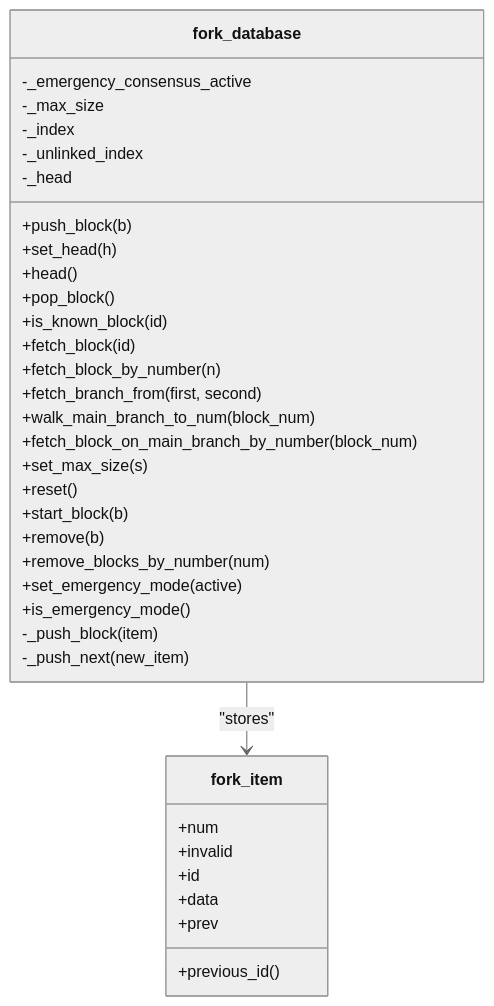
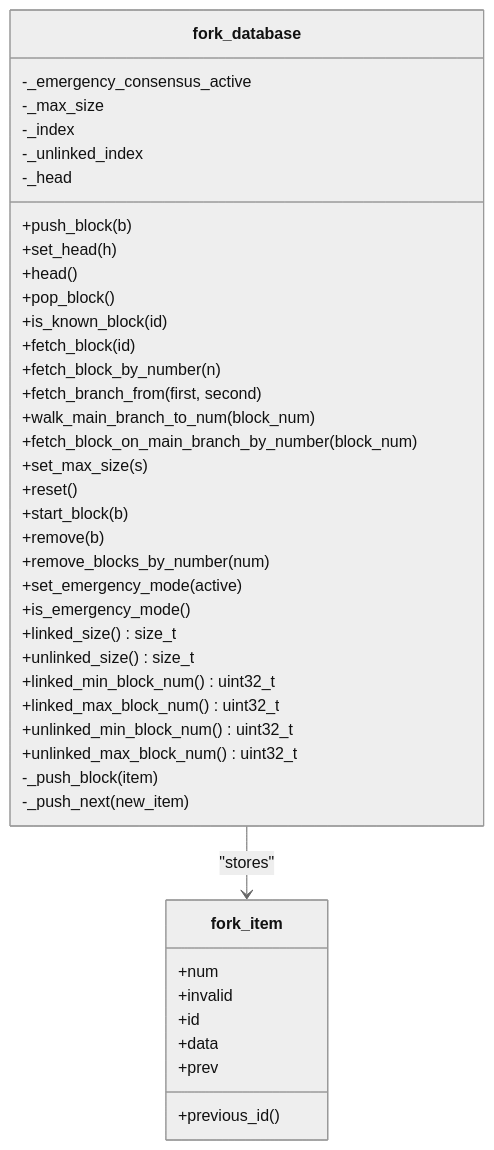
One commit to VIZ-Blockchain/viz-cpp-node changed the fifth of 20 diagrams in .qoder/repowiki/en/content/Architecture Overview/Core Libraries/Chain Library/Fork Resolution and Consensus.md. Above: the diagram before and after it, drawn with Mermaid (neutral theme). The commit also changed other lines of this file and 7 other files, not shown here.

````diff
--- a/.qoder/repowiki/en/content/Architecture Overview/Core Libraries/Chain Library/Fork Resolution and Consensus.md
+++ b/.qoder/repowiki/en/content/Architecture Overview/Core Libraries/Chain Library/Fork Resolution and Consensus.md
@@ -291,38 +305,44 @@
 ```mermaid
 classDiagram
 class fork_database {
 +push_block(b)
 +set_head(h)
 +head()
 +pop_block()
 +is_known_block(id)
 +fetch_block(id)
 +fetch_block_by_number(n)
 +fetch_branch_from(first, second)
 +walk_main_branch_to_num(block_num)
 +fetch_block_on_main_branch_by_number(block_num)
 +set_max_size(s)
 +reset()
 +start_block(b)
 +remove(b)
 +remove_blocks_by_number(num)
 +set_emergency_mode(active)
 +is_emergency_mode()
++linked_size() size_t
++unlinked_size() size_t
++linked_min_block_num() uint32_t
++linked_max_block_num() uint32_t
++unlinked_min_block_num() uint32_t
++unlinked_max_block_num() uint32_t
 -_push_block(item)
 -_push_next(new_item)
 -_emergency_consensus_active
 -_max_size
 -_index
 -_unlinked_index
 -_head
 }
 class fork_item {
 +num
 +invalid
 +id
 +data
 +prev
 +previous_id()
 }
 fork_database --> fork_item : "stores"
 ```
````
